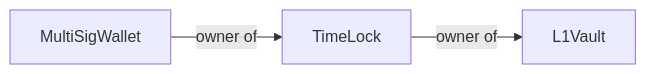
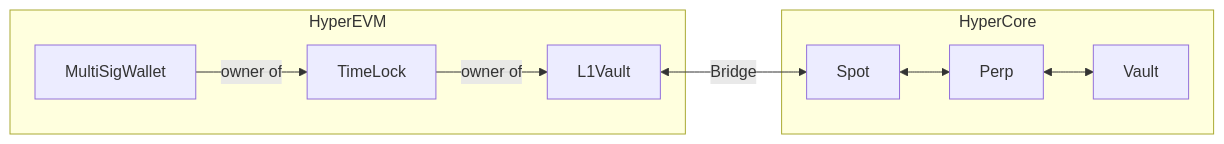
The diagram in README.md (HYPERMAX-ai/vaults-contracts), drawn with Mermaid before and after one commit. The commit also changed other lines of this file, not shown here.

````diff
--- a/README.md
+++ b/README.md
@@ -6,8 +6,13 @@
 ```mermaid
-graph LR
-  MS[MultiSigWallet]
-  TL[TimeLock]
-  LV[L1Vault]
-  MS -- "owner of" --> TL
-  TL -- "owner of" --> LV
+flowchart LR
+
+  subgraph HyperEVM
+    MS[MultiSigWallet] -- "owner of" --> TL[TimeLock] -- "owner of" --> LV[L1Vault]
+  end
+
+  subgraph HyperCore
+    Spot[Spot] <--> Perp[Perp] <--> CoreVault[Vault]
+  end
+
+  LV <--> |Bridge| Spot
 ```
````
